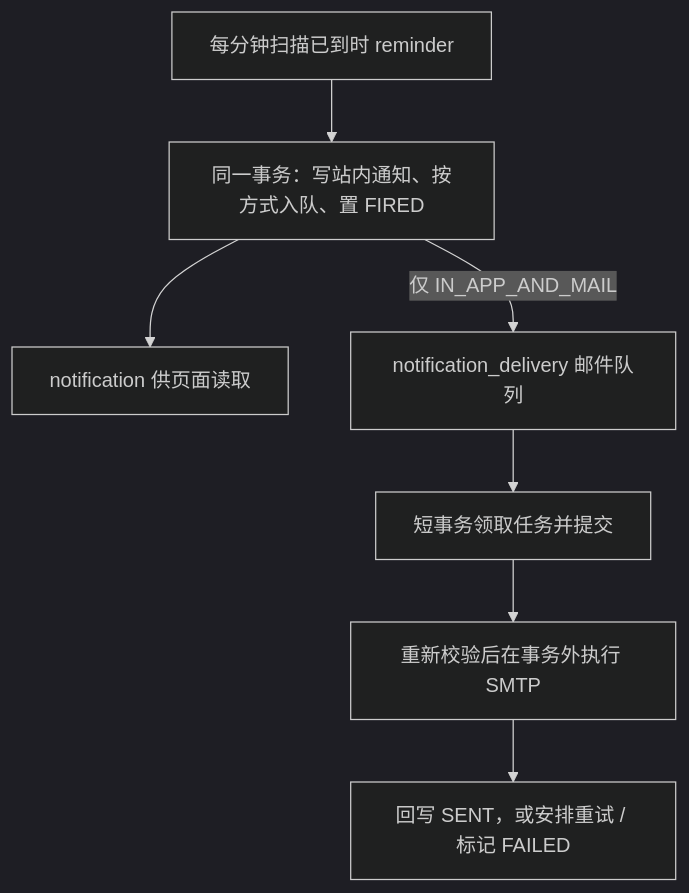
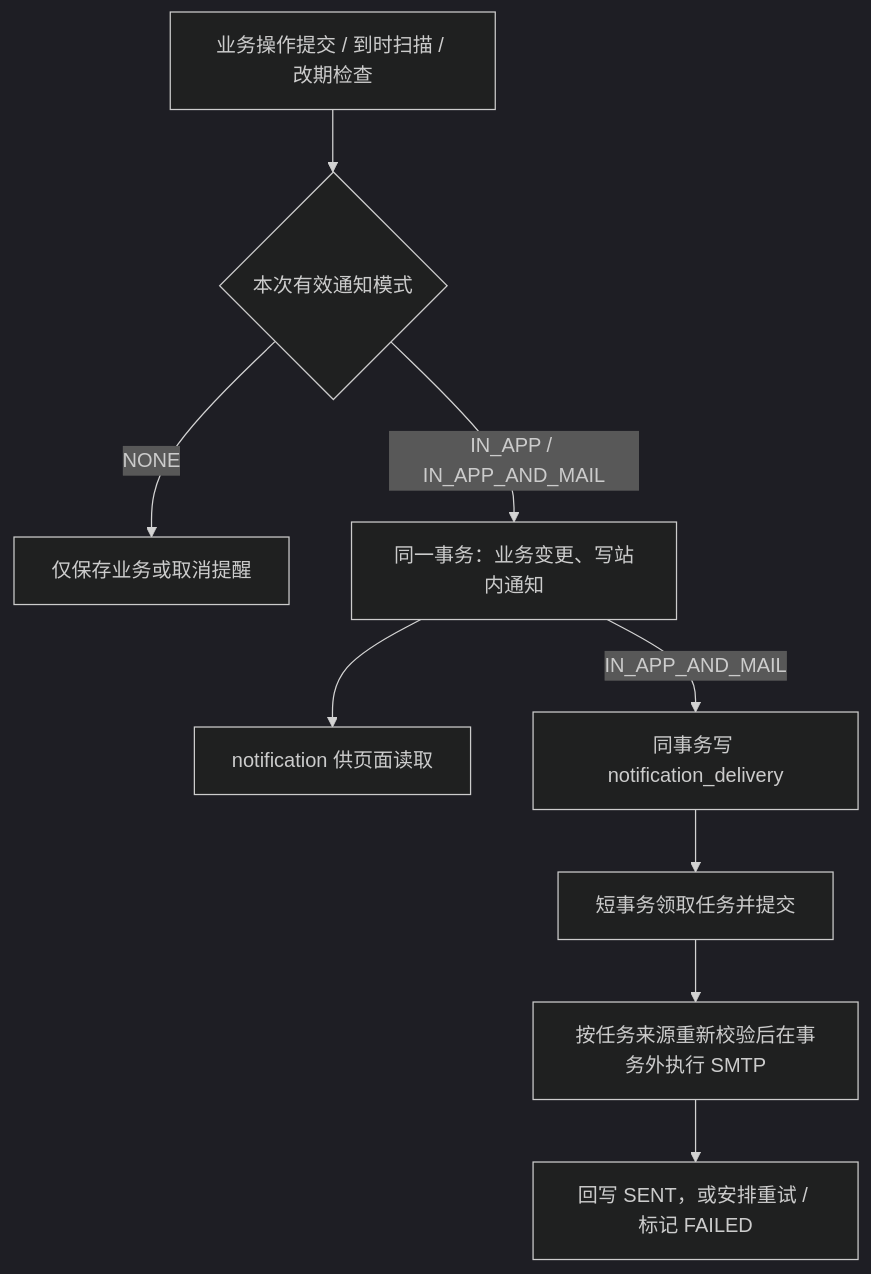
One commit to qing-del/Usward changed the second of 2 diagrams in docs/v1-design.md. Above: the diagram before and after it, drawn with Mermaid (dark theme). The commit also changed other lines of this file, not shown here.

````diff
--- a/docs/v1-design.md
+++ b/docs/v1-design.md
@@ -203,9 +227,11 @@
 ```mermaid
 flowchart TD
-    A[每分钟扫描已到时 reminder] --> B[同一事务：写站内通知、按方式入队、置 FIRED]
-    B --> C[notification 供页面读取]
-    B -->|仅 IN_APP_AND_MAIL| D[notification_delivery 邮件队列]
-    D --> E[短事务领取任务并提交]
-    E --> F[重新校验后在事务外执行 SMTP]
-    F --> G[回写 SENT，或安排重试 / 标记 FAILED]
+    A[业务操作提交 / 到时扫描 / 改期检查] --> B{本次有效通知模式}
+    B -->|NONE| C[仅保存业务或取消提醒]
+    B -->|IN_APP / IN_APP_AND_MAIL| D[同一事务：业务变更、写站内通知]
+    D --> E[notification 供页面读取]
+    D -->|IN_APP_AND_MAIL| F[同事务写 notification_delivery]
+    F --> G[短事务领取任务并提交]
+    G --> H[按任务来源重新校验后在事务外执行 SMTP]
+    H --> I[回写 SENT，或安排重试 / 标记 FAILED]
 ```
````
